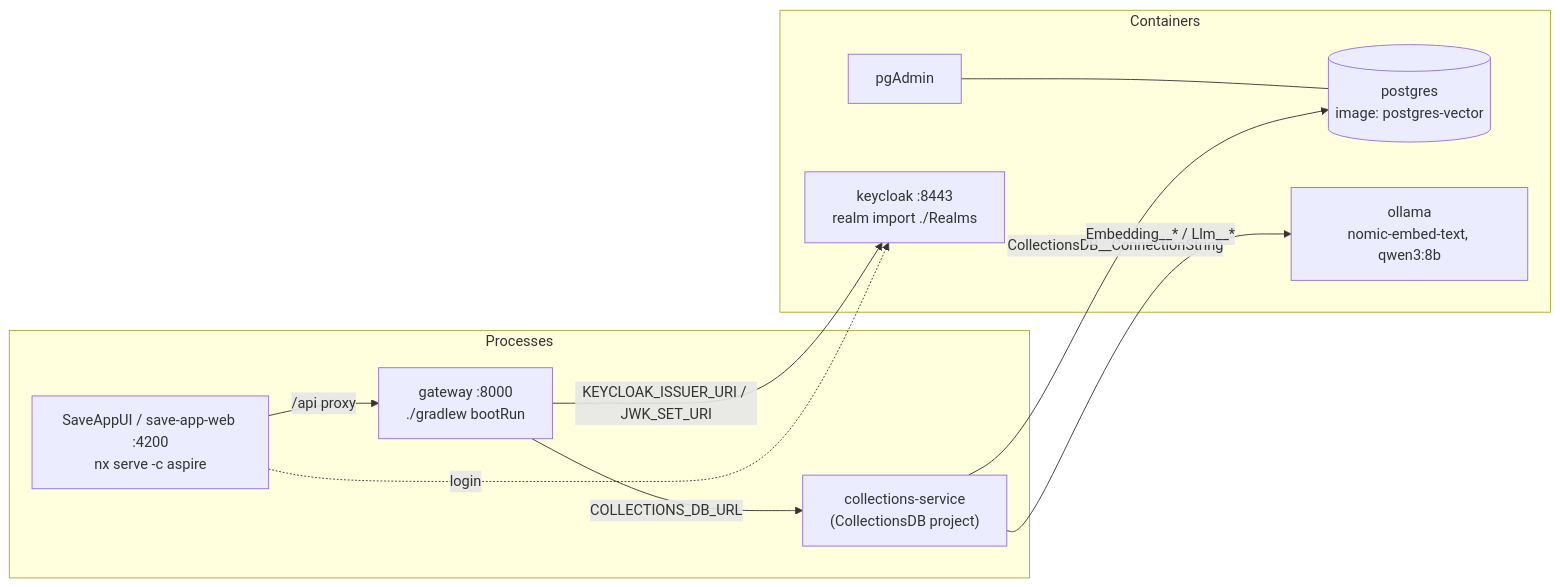
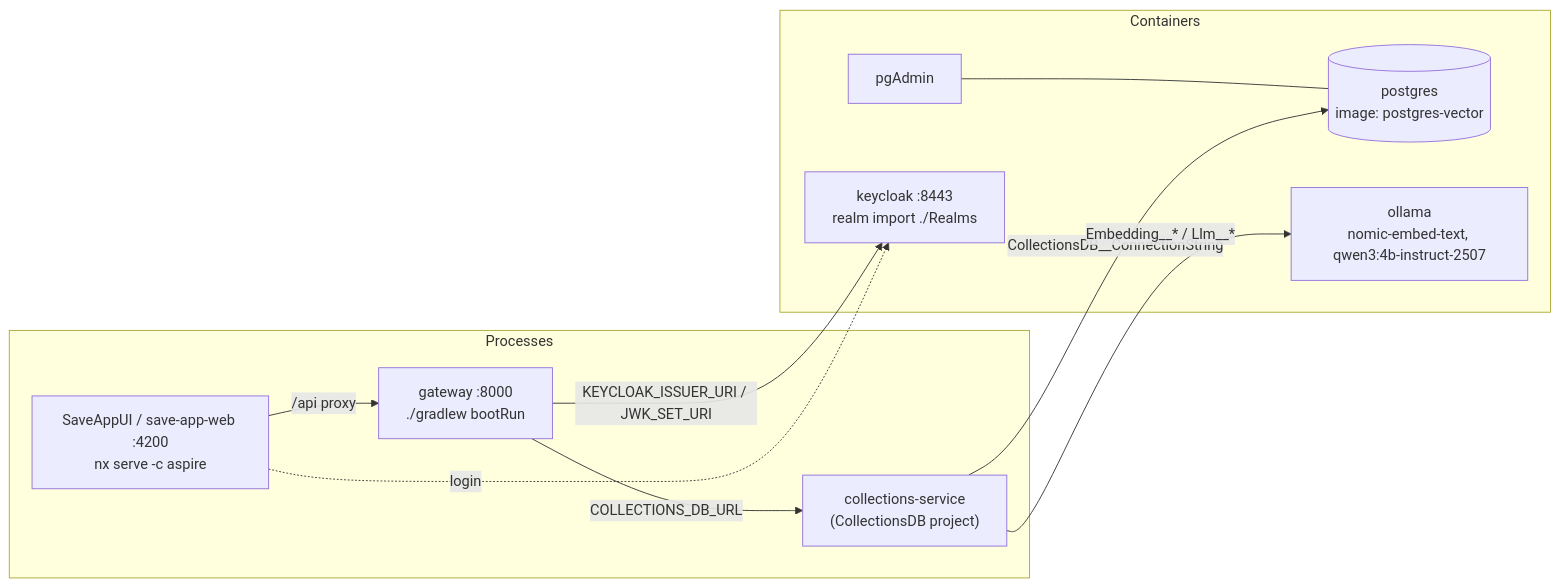
Before and after one commit to Assaviv/SaveApp: the diagram in SaveApp.AppHost/README.md, drawn with Mermaid. The commit also changed other lines of this file and 6 other files, not shown here.

First line of the commit message:
perf(rag): keep Ollama models loaded and switch to qwen3:4b-instruct-2507 (#32)

````diff
--- a/SaveApp.AppHost/README.md
+++ b/SaveApp.AppHost/README.md
@@ -11,23 +11,23 @@
 ```mermaid
 flowchart LR
     subgraph Containers
         PG[("postgres<br/>image: postgres-vector")]
         PGA[pgAdmin]
-        OL["ollama<br/>nomic-embed-text, qwen3:8b"]
+        OL["ollama<br/>nomic-embed-text, qwen3:4b-instruct-2507"]
         KC["keycloak :8443<br/>realm import ./Realms"]
     end
 
     subgraph Processes
         CS["collections-service<br/>(CollectionsDB project)"]
         GW["gateway :8000<br/>./gradlew bootRun"]
         UI["SaveAppUI / save-app-web :4200<br/>nx serve -c aspire"]
     end
 
     PGA --- PG
     CS -->|"CollectionsDB__ConnectionString"| PG
     CS -->|"Embedding__* / Llm__*"| OL
     GW -->|"COLLECTIONS_DB_URL"| CS
     GW -->|"KEYCLOAK_ISSUER_URI / JWK_SET_URI"| KC
     UI -->|"/api proxy"| GW
     UI -.->|login| KC
 ```
````
